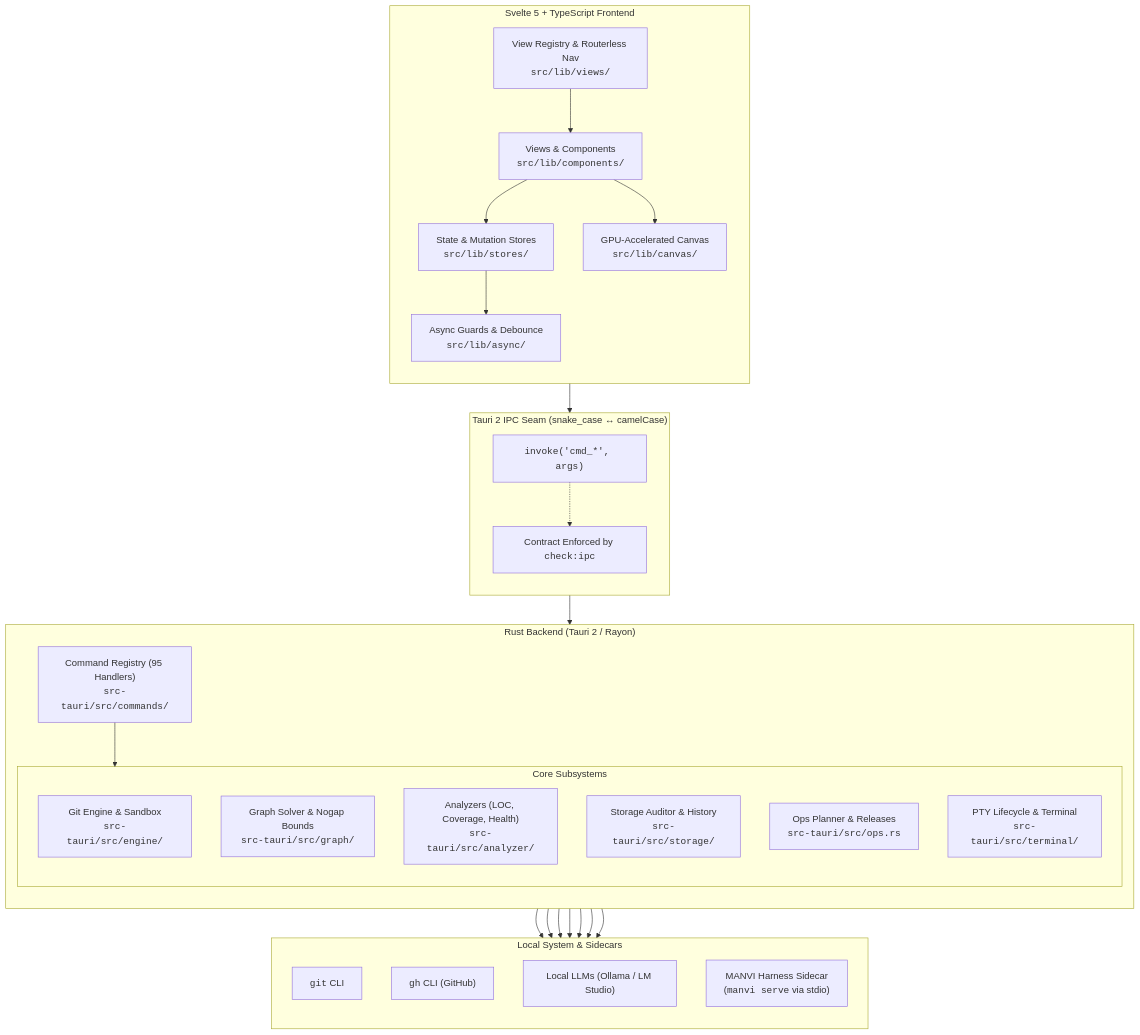
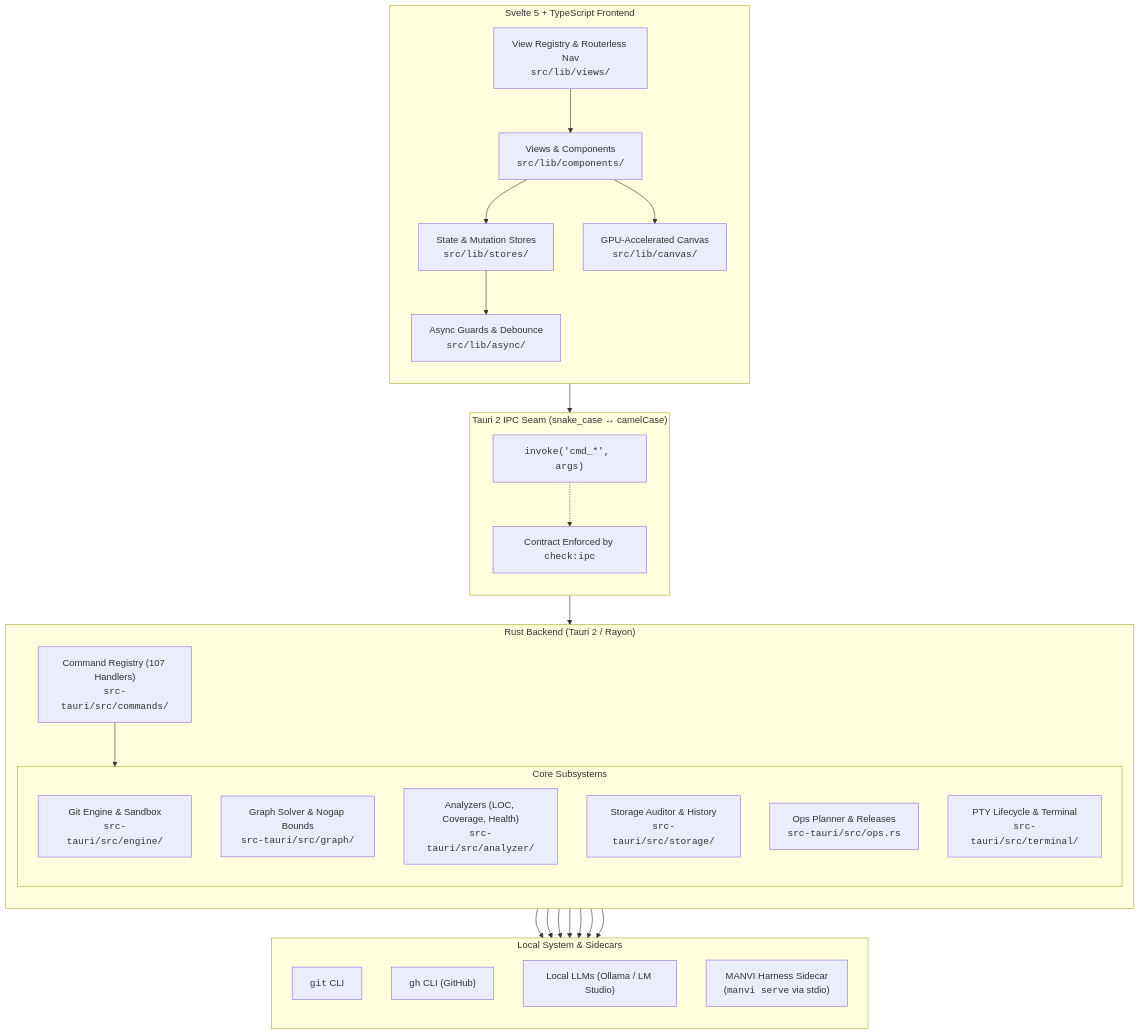
The first of 4 diagrams in docs/ARCHITECTURE.md (bharathvbcr/GitPulse), drawn with Mermaid before and after one commit. The commit also changed other lines of this file and 50 other files, not shown here.

````diff
--- a/docs/ARCHITECTURE.md
+++ b/docs/ARCHITECTURE.md
@@ -5,57 +5,57 @@
 ```mermaid
 flowchart TB
     subgraph Frontend["Svelte 5 + TypeScript Frontend"]
         direction TB
         UI["Views & Components<br/><code>src/lib/components/</code>"]
         Stores["State & Mutation Stores<br/><code>src/lib/stores/</code>"]
         Registry["View Registry & Routerless Nav<br/><code>src/lib/views/</code>"]
         Canvas["GPU-Accelerated Canvas<br/><code>src/lib/canvas/</code>"]
         Async["Async Guards & Debounce<br/><code>src/lib/async/</code>"]
         
         UI --> Stores
         UI --> Canvas
         Stores --> Async
         Registry --> UI
     end
 
     subgraph IPC["Tauri 2 IPC Seam (snake_case ↔ camelCase)"]
         direction TB
         Invoke["<code>invoke('cmd_*', args)</code>"]
         ContractCheck["Contract Enforced by <code>check:ipc</code>"]
         Invoke -.-> ContractCheck
     end
 
     subgraph Backend["Rust Backend (Tauri 2 / Rayon)"]
         direction TB
-        CmdRegistry["Command Registry (95 Handlers)<br/><code>src-tauri/src/commands/</code>"]
+        CmdRegistry["Command Registry (107 Handlers)<br/><code>src-tauri/src/commands/</code>"]
         
         subgraph Subsystems["Core Subsystems"]
             GitEngine["Git Engine & Sandbox<br/><code>src-tauri/src/engine/</code>"]
             GraphSolver["Graph Solver & Nogap Bounds<br/><code>src-tauri/src/graph/</code>"]
             Analyzers["Analyzers (LOC, Coverage, Health)<br/><code>src-tauri/src/analyzer/</code>"]
             StorageAuditor["Storage Auditor & History<br/><code>src-tauri/src/storage/</code>"]
             OpsPlanner["Ops Planner & Releases<br/><code>src-tauri/src/ops.rs</code>"]
             PtyTerminal["PTY Lifecycle & Terminal<br/><code>src-tauri/src/terminal/</code>"]
         end
         
         CmdRegistry --> Subsystems
     end
 
     subgraph External["Local System & Sidecars"]
         direction TB
         LocalGit["<code>git</code> CLI"]
         LocalGh["<code>gh</code> CLI (GitHub)"]
         LocalLLM["Local LLMs (Ollama / LM Studio)"]
         ManviSidecar["MANVI Harness Sidecar<br/>(<code>manvi serve</code> via stdio)"]
     end
 
     Async --> Invoke
     Invoke --> CmdRegistry
     GitEngine --> LocalGit
     Analyzers --> LocalGit
     Analyzers --> LocalGh
     Analyzers --> LocalLLM
     OpsPlanner --> LocalGh
     OpsPlanner --> ManviSidecar
     Subsystems --> ManviSidecar
 ```
````
